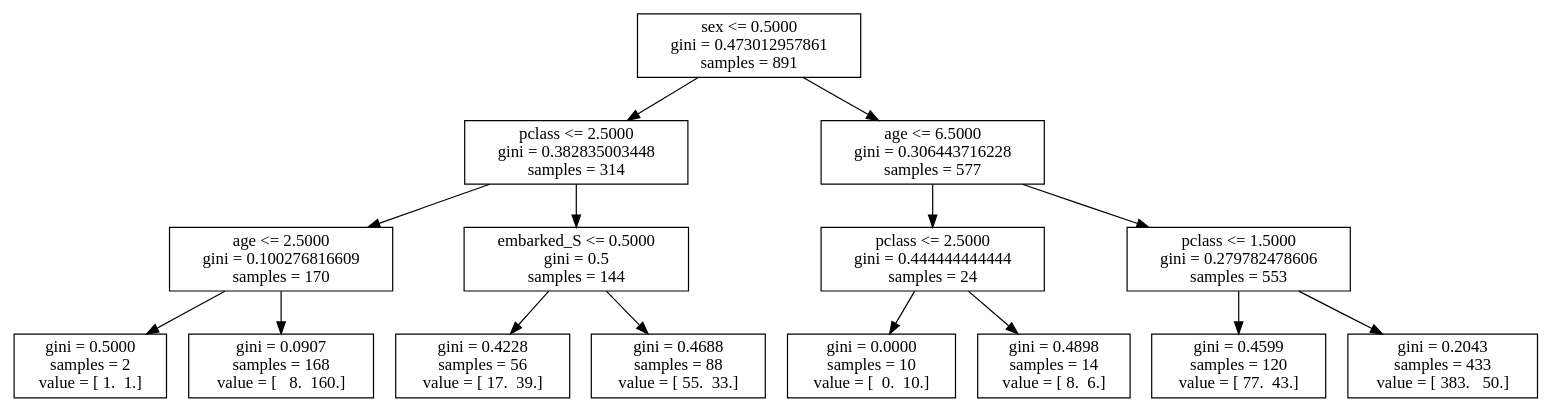
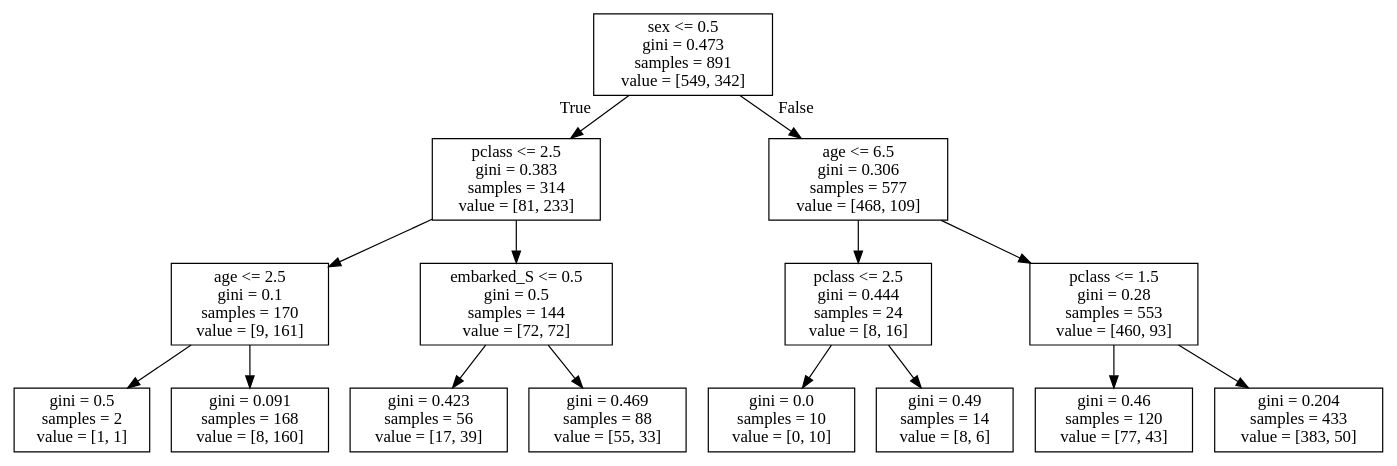
Before and after one commit to jayurbain/DataScienceIntro: the diagram in notebooks/15_titanic.dot, drawn with Graphviz. The commit also changed 2 other files, not shown here.

```diff
--- a/notebooks/15_titanic.dot
+++ b/notebooks/15_titanic.dot
@@ -1,31 +1,32 @@
 digraph Tree {
-0 [label="sex <= 0.5000\ngini = 0.473012957861\nsamples = 891", shape="box"] ;
-1 [label="pclass <= 2.5000\ngini = 0.382835003448\nsamples = 314", shape="box"] ;
-0 -> 1 ;
-2 [label="age <= 2.5000\ngini = 0.100276816609\nsamples = 170", shape="box"] ;
+node [shape=box] ;
+0 [label="sex <= 0.5\ngini = 0.473\nsamples = 891\nvalue = [549, 342]"] ;
+1 [label="pclass <= 2.5\ngini = 0.383\nsamples = 314\nvalue = [81, 233]"] ;
+0 -> 1 [labeldistance=2.5, labelangle=45, headlabel="True"] ;
+2 [label="age <= 2.5\ngini = 0.1\nsamples = 170\nvalue = [9, 161]"] ;
 1 -> 2 ;
-3 [label="gini = 0.5000\nsamples = 2\nvalue = [ 1.  1.]", shape="box"] ;
+3 [label="gini = 0.5\nsamples = 2\nvalue = [1, 1]"] ;
 2 -> 3 ;
-4 [label="gini = 0.0907\nsamples = 168\nvalue = [   8.  160.]", shape="box"] ;
+4 [label="gini = 0.091\nsamples = 168\nvalue = [8, 160]"] ;
 2 -> 4 ;
-5 [label="embarked_S <= 0.5000\ngini = 0.5\nsamples = 144", shape="box"] ;
+5 [label="embarked_S <= 0.5\ngini = 0.5\nsamples = 144\nvalue = [72, 72]"] ;
 1 -> 5 ;
-6 [label="gini = 0.4228\nsamples = 56\nvalue = [ 17.  39.]", shape="box"] ;
+6 [label="gini = 0.423\nsamples = 56\nvalue = [17, 39]"] ;
 5 -> 6 ;
-7 [label="gini = 0.4688\nsamples = 88\nvalue = [ 55.  33.]", shape="box"] ;
+7 [label="gini = 0.469\nsamples = 88\nvalue = [55, 33]"] ;
 5 -> 7 ;
-8 [label="age <= 6.5000\ngini = 0.306443716228\nsamples = 577", shape="box"] ;
-0 -> 8 ;
-9 [label="pclass <= 2.5000\ngini = 0.444444444444\nsamples = 24", shape="box"] ;
+8 [label="age <= 6.5\ngini = 0.306\nsamples = 577\nvalue = [468, 109]"] ;
+0 -> 8 [labeldistance=2.5, labelangle=-45, headlabel="False"] ;
+9 [label="pclass <= 2.5\ngini = 0.444\nsamples = 24\nvalue = [8, 16]"] ;
 8 -> 9 ;
-10 [label="gini = 0.0000\nsamples = 10\nvalue = [  0.  10.]", shape="box"] ;
+10 [label="gini = 0.0\nsamples = 10\nvalue = [0, 10]"] ;
 9 -> 10 ;
-11 [label="gini = 0.4898\nsamples = 14\nvalue = [ 8.  6.]", shape="box"] ;
+11 [label="gini = 0.49\nsamples = 14\nvalue = [8, 6]"] ;
 9 -> 11 ;
-12 [label="pclass <= 1.5000\ngini = 0.279782478606\nsamples = 553", shape="box"] ;
+12 [label="pclass <= 1.5\ngini = 0.28\nsamples = 553\nvalue = [460, 93]"] ;
 8 -> 12 ;
-13 [label="gini = 0.4599\nsamples = 120\nvalue = [ 77.  43.]", shape="box"] ;
+13 [label="gini = 0.46\nsamples = 120\nvalue = [77, 43]"] ;
 12 -> 13 ;
-14 [label="gini = 0.2043\nsamples = 433\nvalue = [ 383.   50.]", shape="box"] ;
+14 [label="gini = 0.204\nsamples = 433\nvalue = [383, 50]"] ;
 12 -> 14 ;
 }
```
